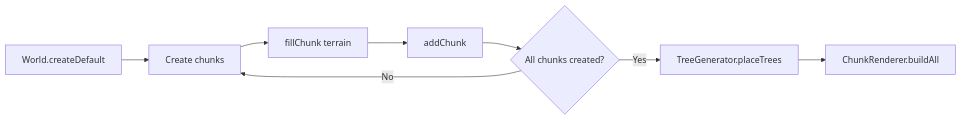
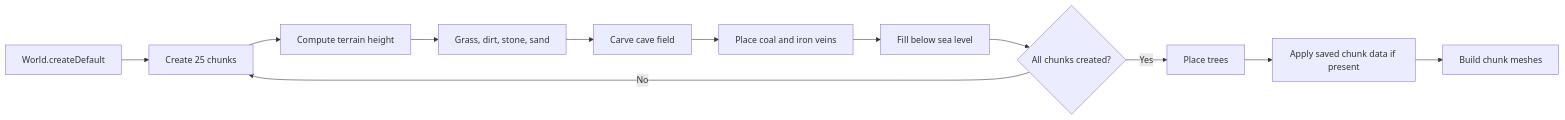
Before and after one commit to scottrobertson97/blocks-game: the second of 5 diagrams in docs/GAMEPLAY_SYSTEMS.md, drawn with Mermaid. The commit also changed other lines of this file and 28 other files, not shown here.

````diff
--- a/docs/GAMEPLAY_SYSTEMS.md
+++ b/docs/GAMEPLAY_SYSTEMS.md
@@ -28,10 +44,14 @@
 ```mermaid
 flowchart LR
-  CreateWorld["World.createDefault"] --> Chunks["Create chunks"]
-  Chunks --> Terrain["fillChunk terrain"]
-  Terrain --> Add["addChunk"]
-  Add --> Complete{"All chunks created?"}
+  Create["World.createDefault"] --> Chunks["Create 25 chunks"]
+  Chunks --> Height["Compute terrain height"]
+  Height --> Layers["Grass, dirt, stone, sand"]
+  Layers --> Caves["Carve cave field"]
+  Caves --> Ores["Place coal and iron veins"]
+  Ores --> Lakes["Fill below sea level"]
+  Lakes --> Complete{"All chunks created?"}
   Complete -- No --> Chunks
-  Complete -- Yes --> Trees["TreeGenerator.placeTrees"]
-  Trees --> Render["ChunkRenderer.buildAll"]
+  Complete -- Yes --> Trees["Place trees"]
+  Trees --> Restore["Apply saved chunk data if present"]
+  Restore --> Render["Build chunk meshes"]
 ```
````
